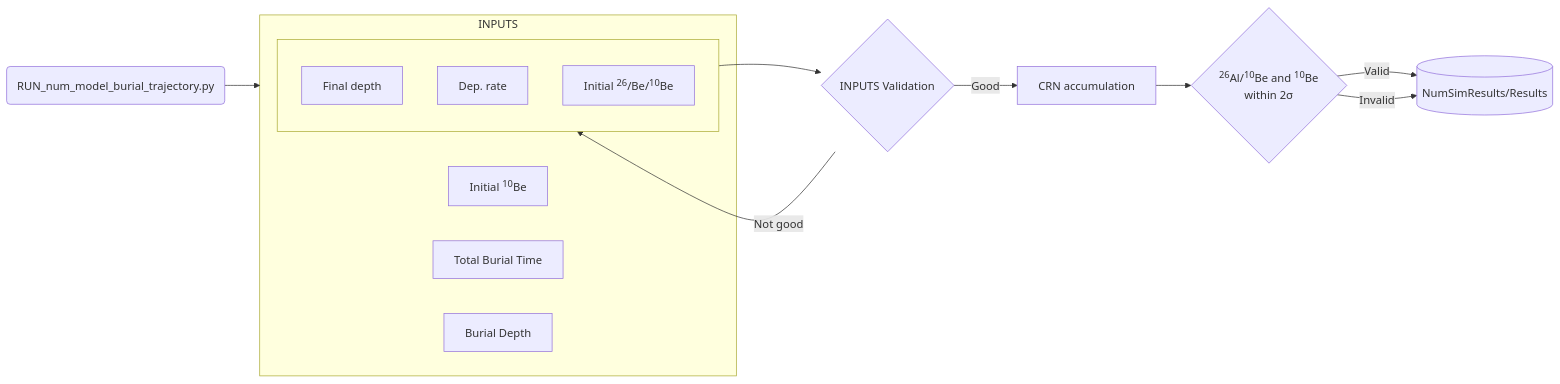
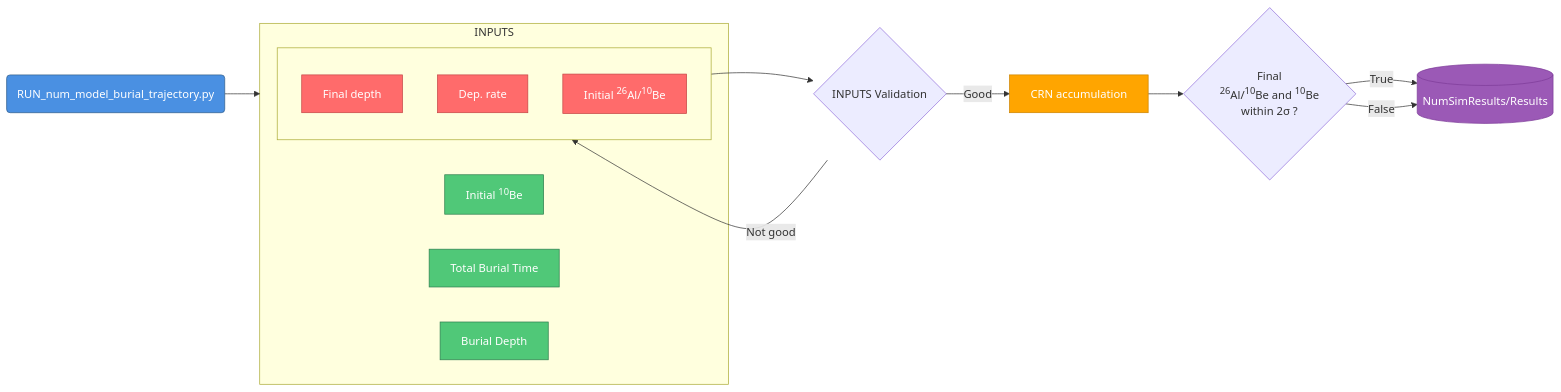
Before and after one commit to thepedroland/Numerical_Burial_Age_Model_PO_26: the diagram in README.md, drawn with Mermaid. The commit also changed other lines of this file and 2 other files, not shown here.

````diff
--- a/README.md
+++ b/README.md
@@ -22,31 +22,40 @@
 ```mermaid
 flowchart LR
-    RUN(RUN_num_model_burial_trajectory.py) --> INPUTS
-    subgraph INPUTS [INPUTS]
-        A[Initial <sup>10</sup>Be]
-        TB[Total Burial Time]
-        BD[Burial Depth]
+    RUN("RUN_num_model_burial_trajectory.py") --> INPUTS
 
-        subgraph PARAMS [ ]
-            FD[Final depth]
-            DR[Dep. rate]
-            R[Initial <sup>26</sup>/Be/<sup>10</sup>Be]
+    subgraph INPUTS ["INPUTS"]
+        A["Initial <sup>10</sup>Be"]
+        TB["Total Burial Time"]
+        BD["Burial Depth"]
 
+        subgraph PARAMS [" "]
+            FD["Final depth"]
+            DR["Dep. rate"]
+            R["Initial <sup>26</sup>Al/<sup>10</sup>Be"]
         end
     end
 
-    PARAMS --> V{INPUTS Validation}
+    PARAMS --> V{"INPUTS Validation"}
 
     V -->|Good| B
     V -->|Not good| PARAMS
 
-    B[CRN accumulation] --> E
-    
-    E{<sup>26</sup>Al/<sup>10</sup>Be and <sup>10</sup>Be \n within 2σ}
-    
-    E -->|Valid| STORE
-    E -->|Invalid| STORE
-    
-    STORE[(NumSimResults/Results)]
-        
+    B["CRN accumulation"] --> E
+
+    E{"Final \n <sup>26</sup>Al/<sup>10</sup>Be and <sup>10</sup>Be<br/>within 2σ ?"}
+
+    E -->|True| STORE
+    E -->|False| STORE
+
+    STORE[("NumSimResults/Results")]
+
+    style RUN fill:#4A90E2,stroke:#2E5C8A,color:#fff
+    style A fill:#50C878,stroke:#2E7D4E,color:#fff
+    style TB fill:#50C878,stroke:#2E7D4E,color:#fff
+    style BD fill:#50C878,stroke:#2E7D4E,color:#fff
+    style FD fill:#FF6B6B,stroke:#C44545,color:#fff
+    style DR fill:#FF6B6B,stroke:#C44545,color:#fff
+    style R fill:#FF6B6B,stroke:#C44545,color:#fff
+    style B fill:#FFA500,stroke:#CC8400,color:#fff
+    style STORE fill:#9B59B6,stroke:#7D3C98,color:#fff
 ```
````
